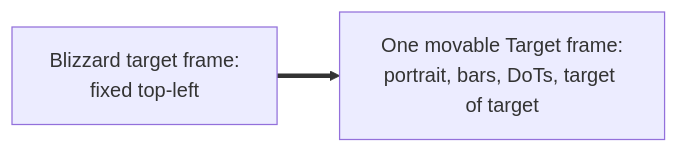
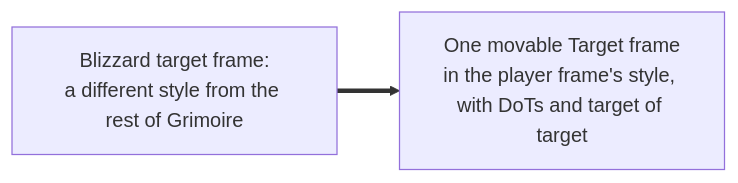
One commit to PhillypHenning/grimoire changed the first of 2 diagrams in docs/features/target/README.md. Above: the diagram before and after it, drawn with Mermaid. The commit also changed other lines of this file and 4 other files, not shown here.

First line of the commit message:
Target frame: match the player frame's style; fix blank target frame

````diff
--- a/docs/features/target/README.md
+++ b/docs/features/target/README.md
@@ -14,4 +19,4 @@
 ```mermaid
 flowchart LR
-    B[Blizzard target frame:<br/>fixed top-left] ==> G[One movable Target frame:<br/>portrait, bars, DoTs, target of target]
+    B[Blizzard target frame:<br/>a different style from the rest of Grimoire] ==> G[One movable Target frame<br/>in the player frame's style, with DoTs and target of target]
 ```
````
